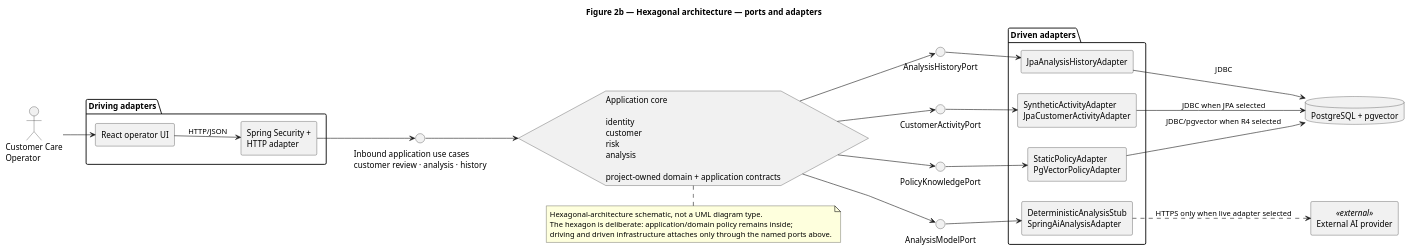
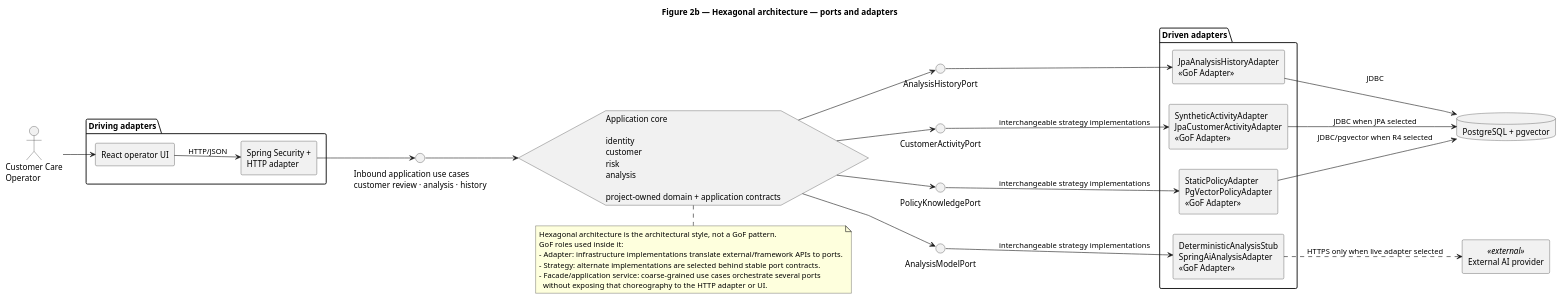
The diagram in docs/assignment/SDD/diagrams/hexagonal-architecture.puml (jdoe-dev-159753/specgraph-reference-app), drawn with PlantUML before and after one commit.

Commit message:
docs: show GoF roles inside hexagonal architecture

```diff
--- a/docs/assignment/SDD/diagrams/hexagonal-architecture.puml
+++ b/docs/assignment/SDD/diagrams/hexagonal-architecture.puml
@@ -1,59 +1,62 @@
 @startuml
 title Figure 2b — Hexagonal architecture — ports and adapters
 left to right direction
 skinparam linetype polyline
 skinparam componentStyle rectangle
 skinparam nodesep 35
 skinparam ranksep 45
 
 actor "Customer Care\nOperator" as Operator
 
 package "Driving adapters" {
   component "React operator UI" as UI
   component "Spring Security +\nHTTP adapter" as Http
 }
 
 interface "Inbound application use cases\ncustomer review · analysis · history" as Inbound
 interface "CustomerActivityPort" as ActivityPort
 interface "PolicyKnowledgePort" as PolicyPort
 interface "AnalysisModelPort" as ModelPort
 interface "AnalysisHistoryPort" as HistoryPort
 
 hexagon "Application core\n\nidentity\ncustomer\nrisk\nanalysis\n\nproject-owned domain + application contracts" as Core
 
 package "Driven adapters" {
-  component "SyntheticActivityAdapter\nJpaCustomerActivityAdapter" as ActivityAdapters
-  component "StaticPolicyAdapter\nPgVectorPolicyAdapter" as PolicyAdapters
-  component "DeterministicAnalysisStub\nSpringAiAnalysisAdapter" as ModelAdapters
-  component "JpaAnalysisHistoryAdapter" as HistoryAdapter
+  component "SyntheticActivityAdapter\nJpaCustomerActivityAdapter\n<<GoF Adapter>>" as ActivityAdapters
+  component "StaticPolicyAdapter\nPgVectorPolicyAdapter\n<<GoF Adapter>>" as PolicyAdapters
+  component "DeterministicAnalysisStub\nSpringAiAnalysisAdapter\n<<GoF Adapter>>" as ModelAdapters
+  component "JpaAnalysisHistoryAdapter\n<<GoF Adapter>>" as HistoryAdapter
 }
 
 database "PostgreSQL + pgvector" as DB
 component "External AI provider" as Provider <<external>>
 
 Operator --> UI
 UI --> Http : HTTP/JSON
 Http --> Inbound
 Inbound --> Core
 
 Core --> ActivityPort
 Core --> PolicyPort
 Core --> ModelPort
 Core --> HistoryPort
 
-ActivityPort --> ActivityAdapters
-PolicyPort --> PolicyAdapters
-ModelPort --> ModelAdapters
+ActivityPort --> ActivityAdapters : interchangeable strategy implementations
+PolicyPort --> PolicyAdapters : interchangeable strategy implementations
+ModelPort --> ModelAdapters : interchangeable strategy implementations
 HistoryPort --> HistoryAdapter
 
 ActivityAdapters --> DB : JDBC when JPA selected
 PolicyAdapters --> DB : JDBC/pgvector when R4 selected
 HistoryAdapter --> DB : JDBC
 ModelAdapters ..> Provider : HTTPS only when live adapter selected
 
 note bottom of Core
-  Hexagonal-architecture schematic, not a UML diagram type.
-  The hexagon is deliberate: application/domain policy remains inside;
-  driving and driven infrastructure attaches only through the named ports above.
+  Hexagonal architecture is the architectural style, not a GoF pattern.
+  GoF roles used inside it:
+  - Adapter: infrastructure implementations translate external/framework APIs to ports.
+  - Strategy: alternate implementations are selected behind stable port contracts.
+  - Facade/application service: coarse-grained use cases orchestrate several ports
+    without exposing that choreography to the HTTP adapter or UI.
 end note
 @enduml
```
